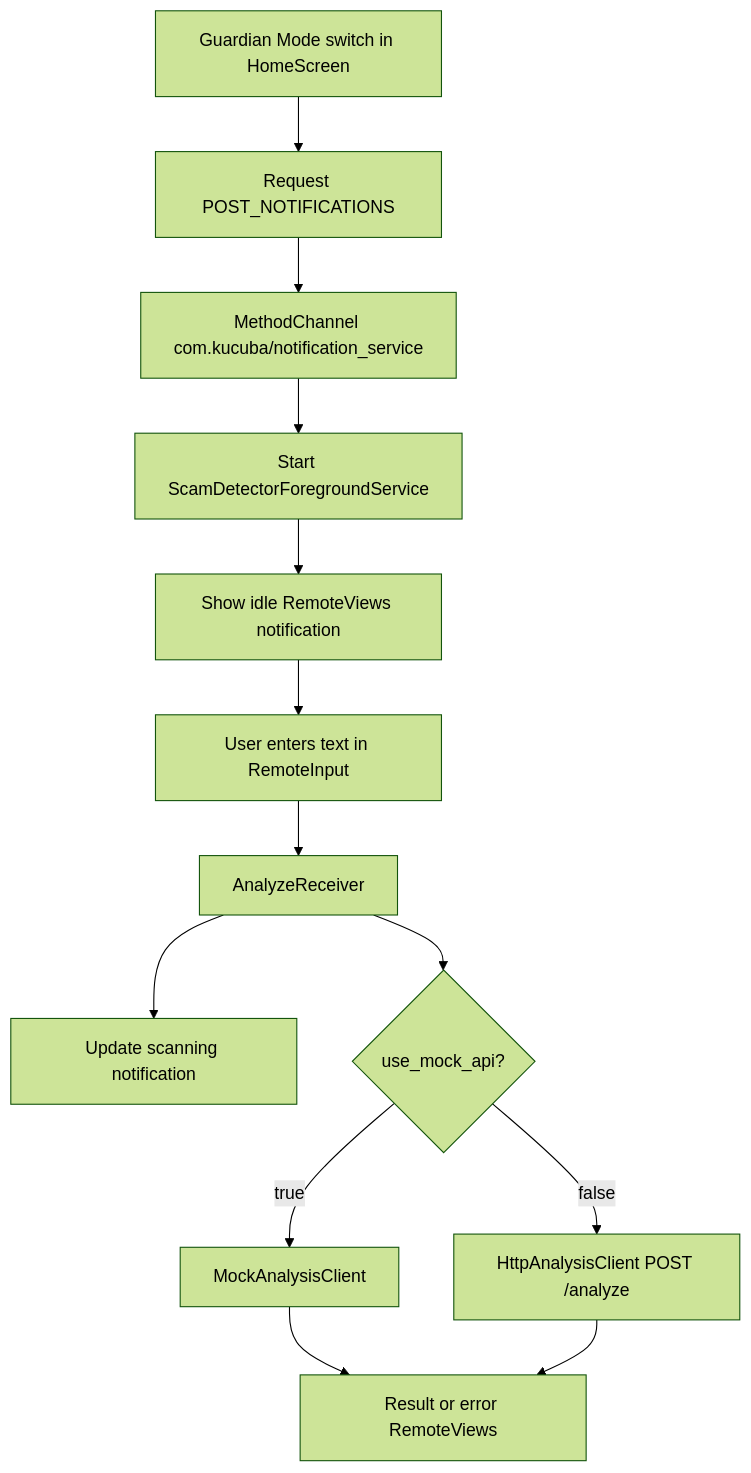
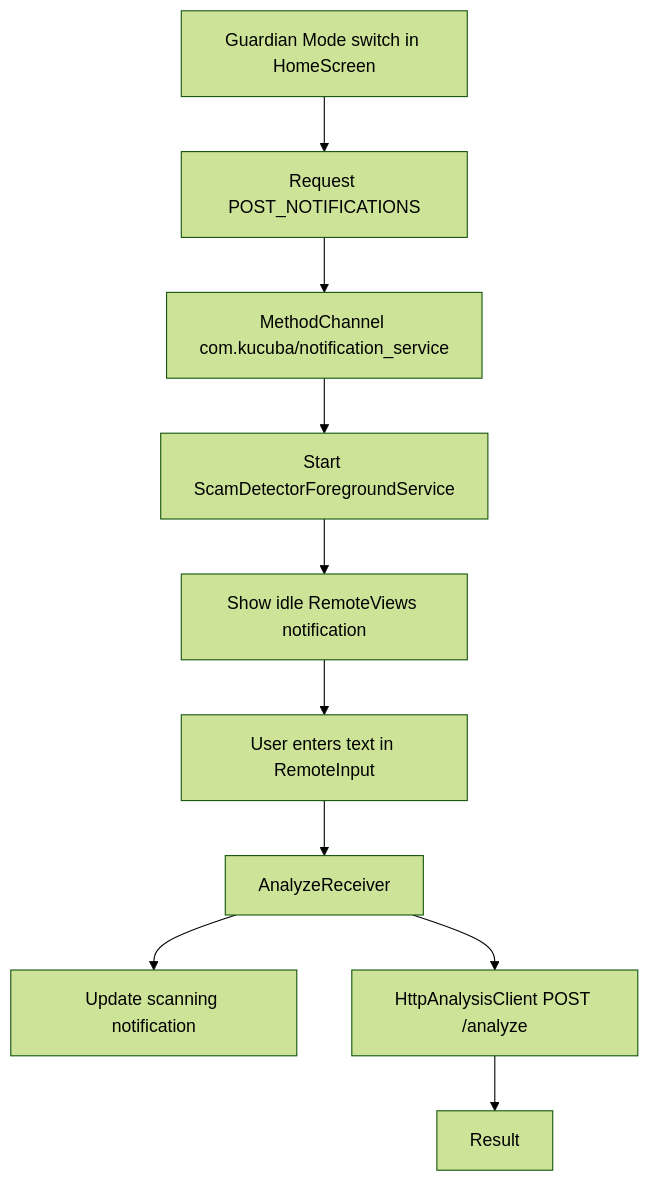
Before and after one commit to nayzinminlwin/HackathonX-FinTech-Forward-26-by-Team-KuCuba: the fifth of 5 diagrams in docs/ARCHITECTURE_DIAGRAM.md, drawn with Mermaid (forest theme). The commit also changed other lines of this file and 30 other files, not shown here.

````diff
--- a/docs/ARCHITECTURE_DIAGRAM.md
+++ b/docs/ARCHITECTURE_DIAGRAM.md
@@ -229,15 +219,12 @@
 ```mermaid
 flowchart TD
   Toggle["Guardian Mode switch in HomeScreen"] --> Permission["Request POST_NOTIFICATIONS"]
   Permission --> Channel["MethodChannel com.kucuba/notification_service"]
   Channel --> Service["Start ScamDetectorForegroundService"]
   Service --> Idle["Show idle RemoteViews notification"]
   Idle --> Input["User enters text in RemoteInput"]
   Input --> Receiver["AnalyzeReceiver"]
   Receiver --> Scanning["Update scanning notification"]
-  Receiver --> Mode{"use_mock_api?"}
-  Mode -->|true| Mock["MockAnalysisClient"]
-  Mode -->|false| Http["HttpAnalysisClient POST /analyze"]
-  Mock --> Result["Result or error RemoteViews"]
+  Receiver --> Http["HttpAnalysisClient POST /analyze"]
   Http --> Result
 ```
````
